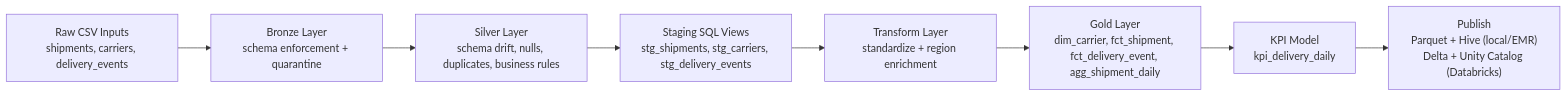
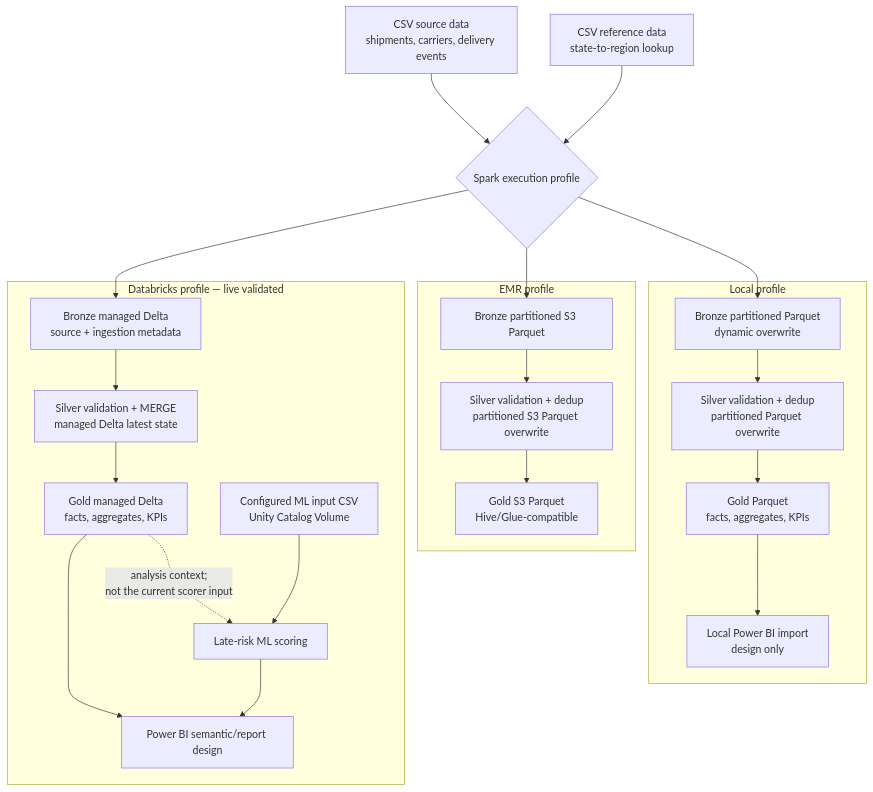
One commit to Sivarohitk/Transportation-Shipment-ETL-Pipeline changed the first of 2 diagrams in docs/architecture.md. Above: the diagram before and after it, drawn with Mermaid. The commit also changed other lines of this file and 65 other files, not shown here.

````diff
--- a/docs/architecture.md
+++ b/docs/architecture.md
@@ -18,10 +22,32 @@
 ```mermaid
-flowchart LR
-    A["Raw CSV Inputs<br/>shipments, carriers, delivery_events"] --> B["Bronze Layer<br/>schema enforcement + quarantine"]
-    B --> C["Silver Layer<br/>schema drift, nulls, duplicates, business rules"]
-    C --> D["Staging SQL Views<br/>stg_shipments, stg_carriers, stg_delivery_events"]
-    D --> E["Transform Layer<br/>standardize + region enrichment"]
-    E --> F["Gold Layer<br/>dim_carrier, fct_shipment, fct_delivery_event, agg_shipment_daily"]
-    F --> G["KPI Model<br/>kpi_delivery_daily"]
-    G --> H["Publish<br/>Parquet + Hive (local/EMR)<br/>Delta + Unity Catalog (Databricks)"]
+flowchart TB
+    SRC["CSV source data<br/>shipments, carriers, delivery events"]
+    REF["CSV reference data<br/>state-to-region lookup"]
+    PROFILE{"Spark execution profile"}
+    SRC --> PROFILE
+    REF --> PROFILE
+
+    subgraph LOCAL["Local profile"]
+        LB["Bronze partitioned Parquet<br/>dynamic overwrite"] --> LS["Silver validation + dedup<br/>partitioned Parquet overwrite"]
+        LS --> LG["Gold Parquet<br/>facts, aggregates, KPIs"]
+        LG --> LP["Local Power BI import<br/>design only"]
+    end
+
+    subgraph EMR["EMR profile"]
+        EB["Bronze partitioned S3 Parquet"] --> ES["Silver validation + dedup<br/>partitioned S3 Parquet overwrite"]
+        ES --> EG["Gold S3 Parquet<br/>Hive/Glue-compatible"]
+    end
+
+    subgraph DBX["Databricks profile — live validated"]
+        DB["Bronze managed Delta<br/>source + ingestion metadata"] --> DS["Silver validation + MERGE<br/>managed Delta latest state"]
+        DS --> DG["Gold managed Delta<br/>facts, aggregates, KPIs"]
+        DG -. "analysis context;<br/>not the current scorer input" .-> ML["Late-risk ML scoring"]
+        MLC["Configured ML input CSV<br/>Unity Catalog Volume"] --> ML
+        DG --> BI["Power BI semantic/report design"]
+        ML --> BI
+    end
+
+    PROFILE --> LB
+    PROFILE --> EB
+    PROFILE --> DB
 ```
````
